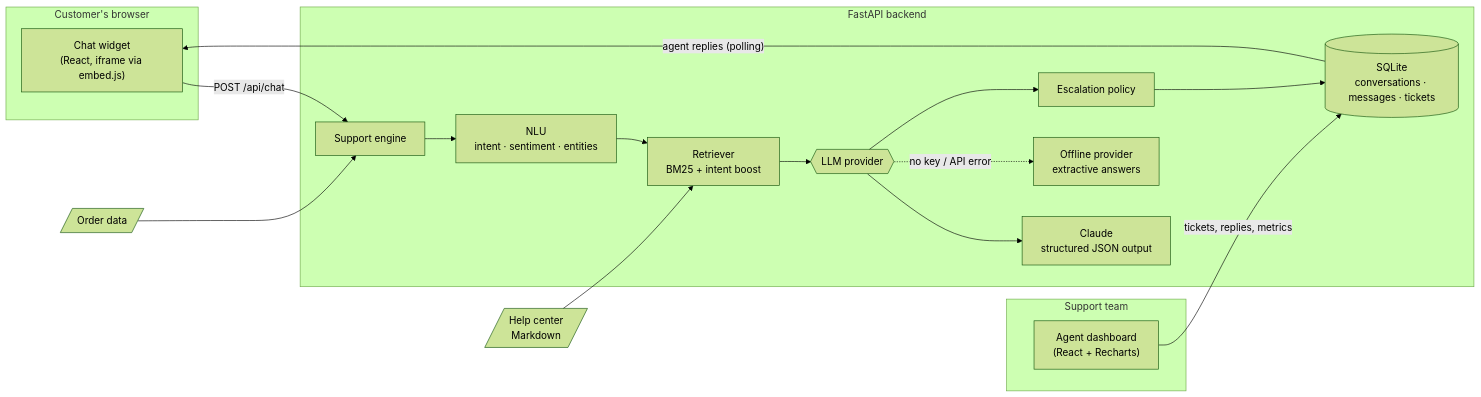
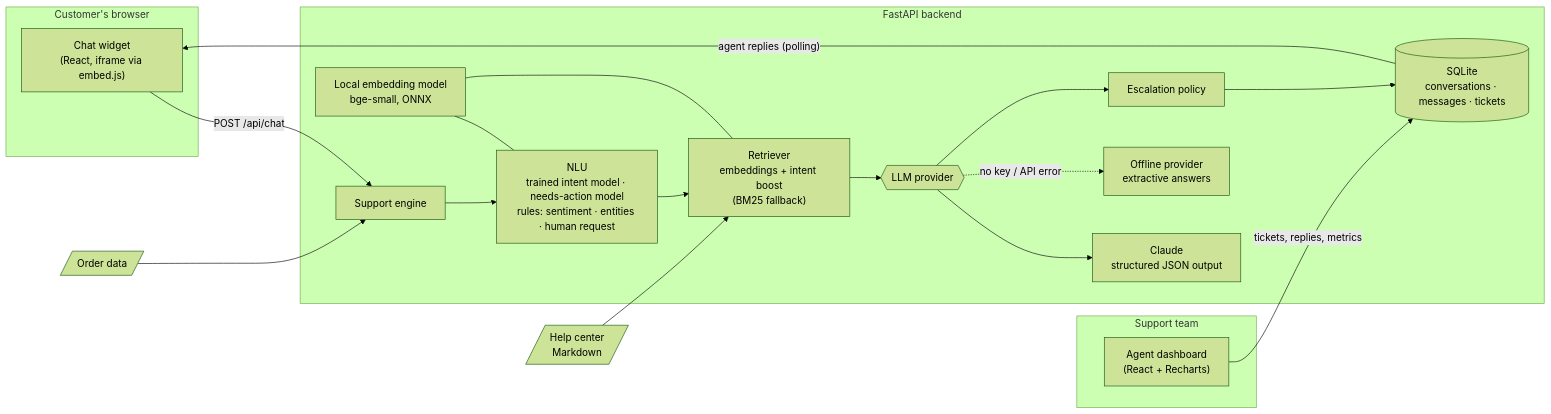
The diagram in README.md (sibrahimpa1/ai-support-chatbot), drawn with Mermaid (forest theme) before and after one commit. The commit also changed other lines of this file and 38 other files, not shown here.

````diff
--- a/README.md
+++ b/README.md
@@ -80,30 +106,33 @@
 ```mermaid
 flowchart LR
     subgraph Client["Customer's browser"]
         W["Chat widget<br/>(React, iframe via embed.js)"]
     end
     subgraph Team["Support team"]
         D["Agent dashboard<br/>(React + Recharts)"]
     end
 
     subgraph API["FastAPI backend"]
         E["Support engine"]
-        N["NLU<br/>intent · sentiment · entities"]
-        R["Retriever<br/>BM25 + intent boost"]
+        N["NLU<br/>trained intent model · needs-action model<br/>rules: sentiment · entities · human request"]
+        R["Retriever<br/>embeddings + intent boost<br/>(BM25 fallback)"]
+        EM["Local embedding model<br/>bge-small, ONNX"]
         P{{"LLM provider"}}
         C["Claude<br/>structured JSON output"]
         M["Offline provider<br/>extractive answers"]
         X["Escalation policy"]
         S[("SQLite<br/>conversations · messages · tickets")]
     end
 
     KB[/"Help center<br/>Markdown"/] --> R
+    EM --- N
+    EM --- R
     O[/"Order data"/] --> E
     W -- "POST /api/chat" --> E
     E --> N --> R --> P
     P --> C
     P -. "no key / API error" .-> M
     P --> X --> S
     D -- "tickets, replies, metrics" --> S
     S -- "agent replies (polling)" --> W
 ```
````
